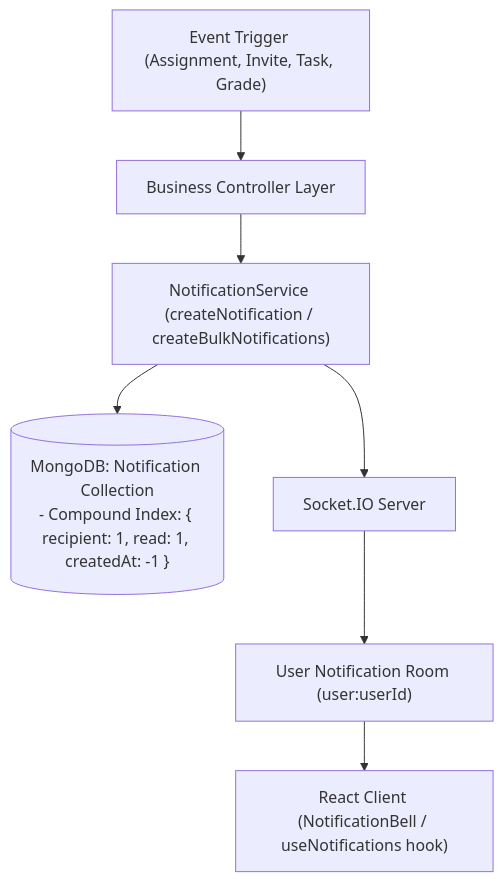
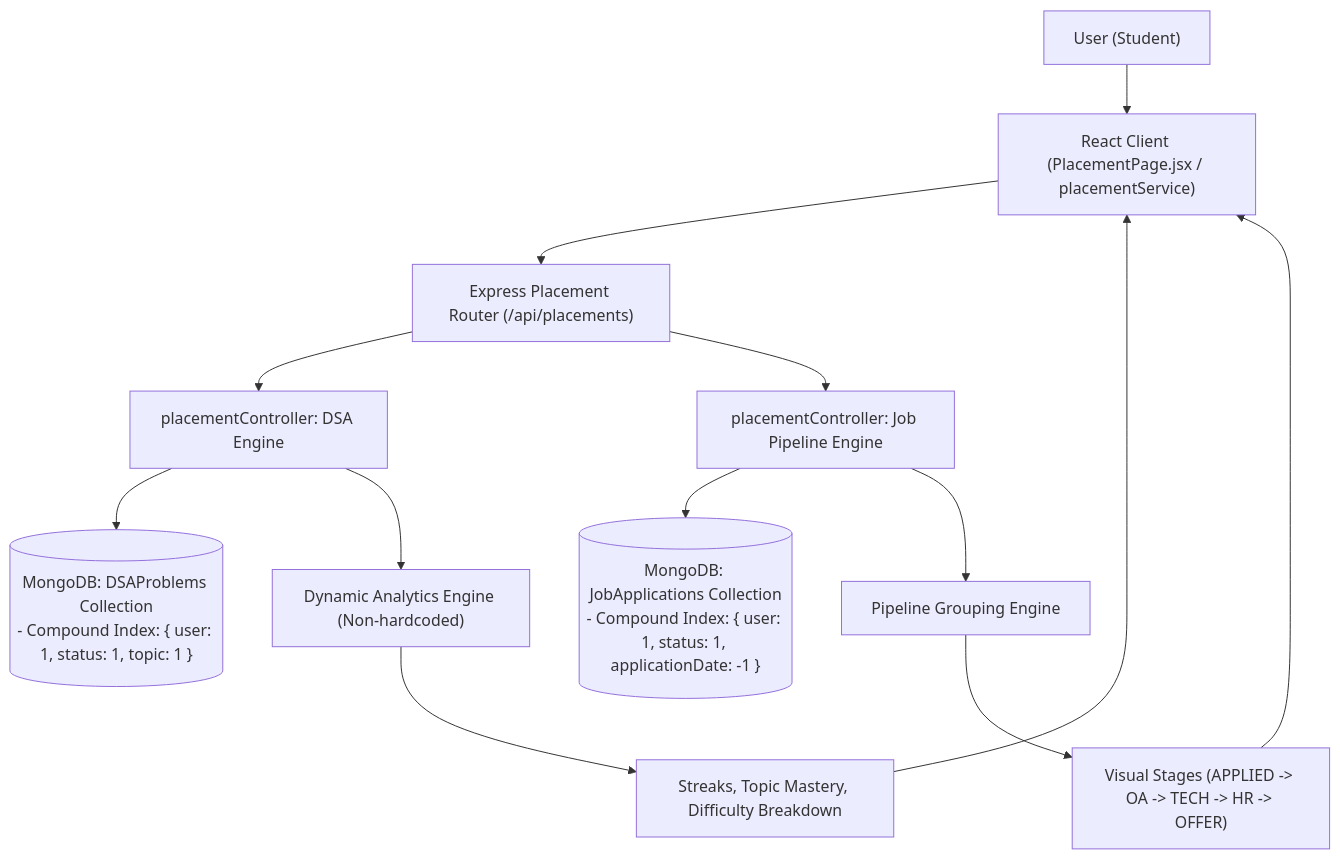
One commit to kubervaidya24-max/CAMPUSFLOW changed the first of 3 diagrams in docs/architecture.md. Above: the diagram before and after it, drawn with Mermaid. The commit also changed other lines of this file and 14 other files, not shown here.

Commit message:
feat: add placement preparation and application tracking

````diff
--- a/docs/architecture.md
+++ b/docs/architecture.md
@@ -11,11 +11,19 @@
 ```mermaid
 graph TD
-    Event["Event Trigger (Assignment, Invite, Task, Grade)"] --> Logic["Business Controller Layer"]
-    Logic --> Service["NotificationService (createNotification / createBulkNotifications)"]
+    User["User (Student)"] --> Client["React Client (PlacementPage.jsx / placementService)"]
+    Client --> API["Express Placement Router (/api/placements)"]
     
-    Service --> MongoSave[("MongoDB: Notification Collection<br/>- Compound Index: { recipient: 1, read: 1, createdAt: -1 }")]
-    Service --> SocketServer["Socket.IO Server"]
+    API --> DSAController["placementController: DSA Engine"]
+    API --> JobController["placementController: Job Pipeline Engine"]
     
-    SocketServer --> UserRoom["User Notification Room (user:userId)"]
-    UserRoom --> ReactClient["React Client (NotificationBell / useNotifications hook)"]
+    DSAController --> MongoDSA[("MongoDB: DSAProblems Collection<br/>- Compound Index: { user: 1, status: 1, topic: 1 }")]
+    JobController --> MongoJobs[("MongoDB: JobApplications Collection<br/>- Compound Index: { user: 1, status: 1, applicationDate: -1 }")]
+    
+    DSAController --> AggEngine["Dynamic Analytics Engine (Non-hardcoded)"]
+    AggEngine --> Metrics["Streaks, Topic Mastery, Difficulty Breakdown"]
+    Metrics --> Client
+    
+    JobController --> PipelineGroup["Pipeline Grouping Engine"]
+    PipelineGroup --> Stages["Visual Stages (APPLIED -> OA -> TECH -> HR -> OFFER)"]
+    Stages --> Client
 ```
````
